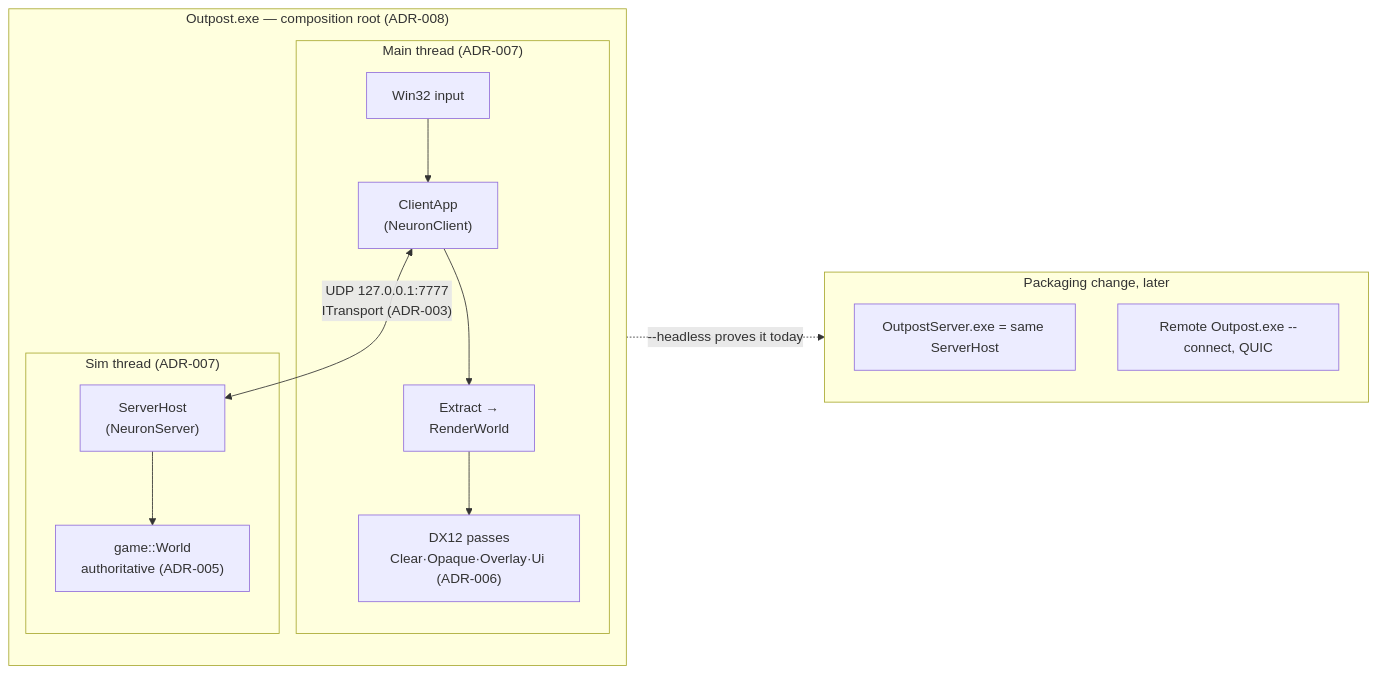
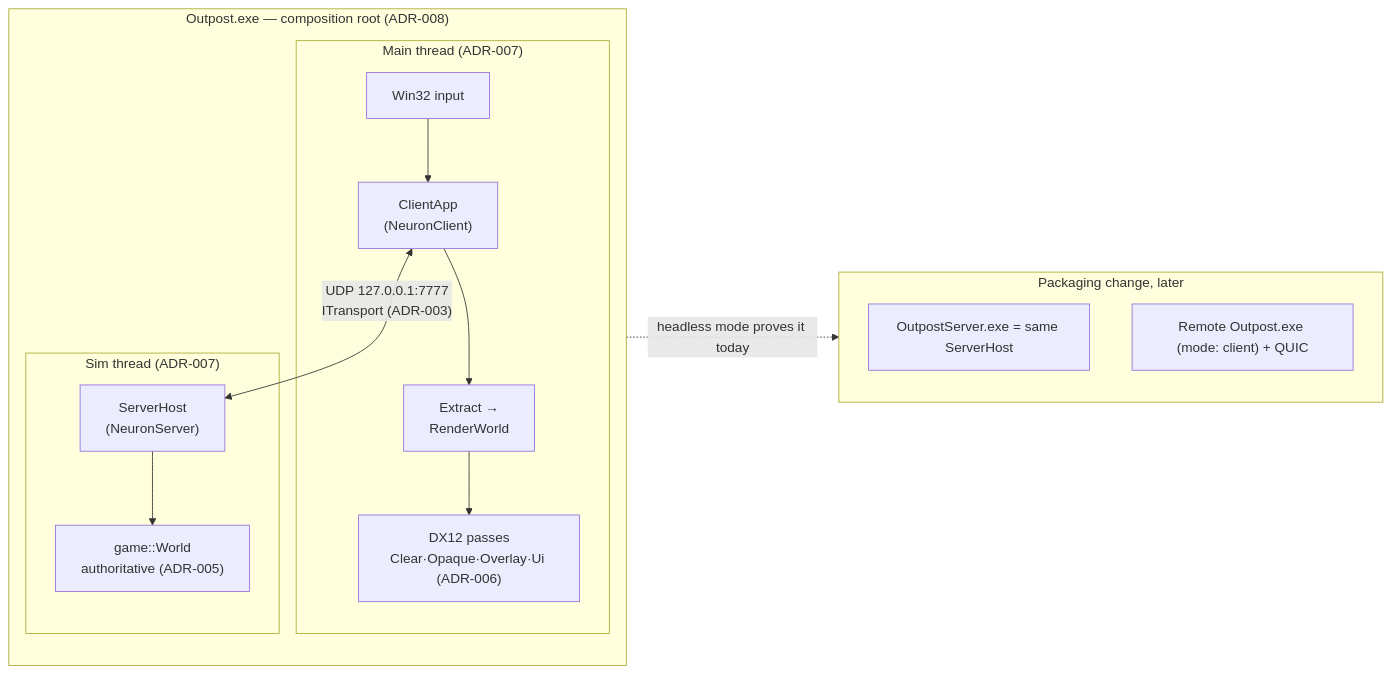
Before and after one commit to Zwaliebaba/Outpost.Frontier: the first of 2 diagrams in Design/Architecture-Overview.md, drawn with Mermaid. The commit also changed other lines of this file and 16 other files, not shown here.

````diff
--- a/Design/Architecture-Overview.md
+++ b/Design/Architecture-Overview.md
@@ -12,18 +12,18 @@
 ```mermaid
 flowchart LR
     subgraph EXE["Outpost.exe — composition root (ADR-008)"]
         subgraph MAINT["Main thread (ADR-007)"]
             IN[Win32 input] --> CA
             CA["ClientApp<br/>(NeuronClient)"] --> RW["Extract →<br/>RenderWorld"] --> GPU["DX12 passes<br/>Clear·Opaque·Overlay·Ui (ADR-006)"]
         end
         subgraph SIMT["Sim thread (ADR-007)"]
             SH["ServerHost<br/>(NeuronServer)"] --> W["game::World<br/>authoritative (ADR-005)"]
         end
         CA <-- "UDP 127.0.0.1:7777<br/>ITransport (ADR-003)" --> SH
     end
     subgraph FUT["Packaging change, later"]
         OS["OutpostServer.exe = same ServerHost"]
-        RC["Remote Outpost.exe --connect, QUIC"]
+        RC["Remote Outpost.exe (mode: client) + QUIC"]
     end
-    EXE -.->|"--headless proves it today"| FUT
+    EXE -.->|"headless mode proves it today"| FUT
 ```
````
